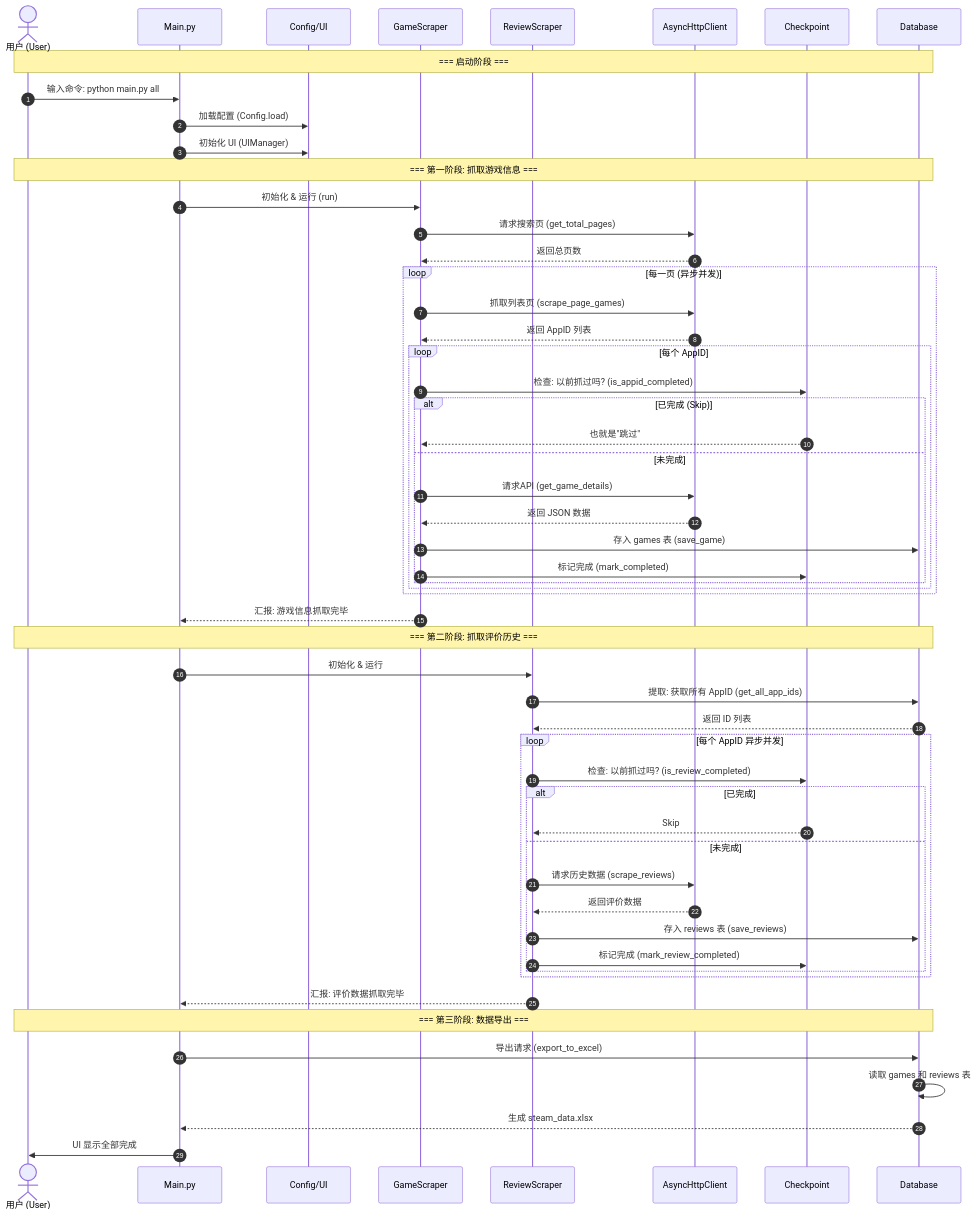
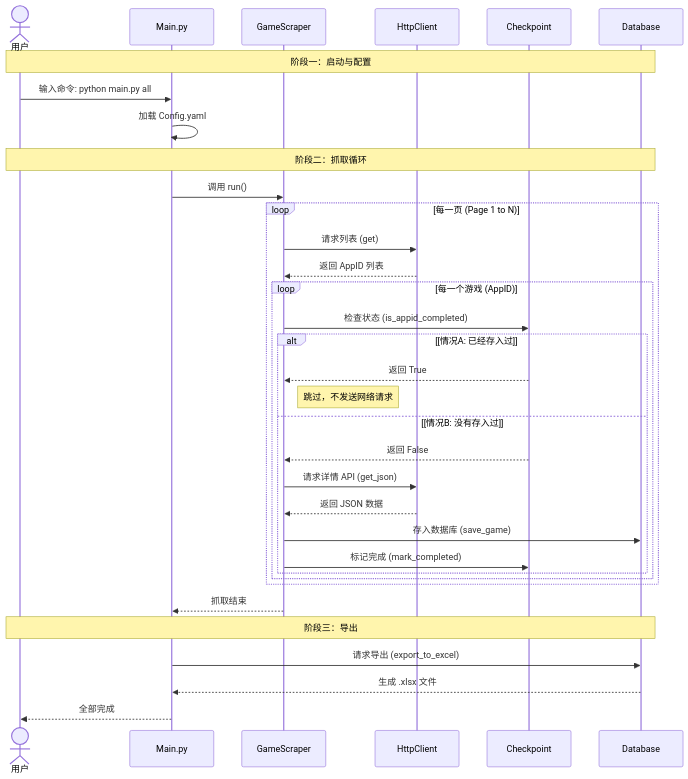
The diagram in README.md (SeraphinaGlacia/simple_steam_scraper), drawn with Mermaid before and after one commit. The commit also changed other lines of this file and 1 other file, not shown here.

Commit message:
docs: 更新 mermaid 流程图

````diff
--- a/README.md
+++ b/README.md
@@ -184,64 +185,44 @@
 ```mermaid
 sequenceDiagram
-    autonumber
-    actor User as 用户 (User)
+    %% 定义参与者，使用 as 简化名称显示
+    actor User as 用户
     participant Main as Main.py
-    participant Config as Config/UI
-    participant GameScraper as GameScraper
-    participant ReviewScraper as ReviewScraper
-    participant Net as AsyncHttpClient
+    participant Scraper as GameScraper
+    participant Net as HttpClient
     participant CP as Checkpoint
     participant DB as Database
 
-    Note over User, DB: === 启动阶段 ===
+    Note over User, DB:  阶段一：启动与配置 
     User->>Main: 输入命令: python main.py all
-    Main->>Config: 加载配置 (Config.load)
-    Main->>Config: 初始化 UI (UIManager)
+    Main->>Main: 加载 Config.yaml
     
-    Note over User, DB: === 第一阶段: 抓取游戏信息 ===
-    Main->>GameScraper: 初始化 & 运行 (run)
-    GameScraper->>Net: 请求搜索页 (get_total_pages)
-    Net-->>GameScraper: 返回总页数
+    Note over User, DB:  阶段二：抓取循环 
+    Main->>Scraper: 调用 run()
     
-    loop 每一页 (异步并发)
-        GameScraper->>Net: 抓取列表页 (scrape_page_games)
-        Net-->>GameScraper: 返回 AppID 列表
+    loop 每一页 (Page 1 to N)
+        Scraper->>Net: 请求列表 (get)
+        Net-->>Scraper: 返回 AppID 列表
         
-        loop 每个 AppID
-            GameScraper->>CP: 检查: 以前抓过吗? (is_appid_completed)
-            alt 已完成 (Skip)
-                CP-->>GameScraper: 也就是"跳过"
-            else 未完成
-                GameScraper->>Net: 请求API (get_game_details)
-                Net-->>GameScraper: 返回 JSON 数据
-                GameScraper->>DB: 存入 games 表 (save_game)
-                GameScraper->>CP: 标记完成 (mark_completed)
+        loop 每一个游戏 (AppID)
+            Scraper->>CP: 检查状态 (is_appid_completed)
+            
+            alt [情况A: 已经存入过]
+                CP-->>Scraper: 返回 True
+                Note right of Scraper: 跳过，不发送网络请求
+            else [情况B: 没有存入过]
+                CP-->>Scraper: 返回 False
+                Scraper->>Net: 请求详情 API (get_json)
+                Net-->>Scraper: 返回 JSON 数据
+                Scraper->>DB: 存入数据库 (save_game)
+                Scraper->>CP: 标记完成 (mark_completed)
             end
         end
     end
-    GameScraper-->>Main: 汇报: 游戏信息抓取完毕
+    
+    Scraper-->>Main: 抓取结束
 
-    Note over User, DB: === 第二阶段: 抓取评价历史 ===
-    Main->>ReviewScraper: 初始化 & 运行
-    ReviewScraper->>DB: 提取: 获取所有 AppID (get_all_app_ids)
-    DB-->>ReviewScraper: 返回 ID 列表
-    
-    loop 每个 AppID 异步并发
-        ReviewScraper->>CP: 检查: 以前抓过吗? (is_review_completed)
-        alt 已完成
-            CP-->>ReviewScraper: Skip
-        else 未完成
-            ReviewScraper->>Net: 请求历史数据 (scrape_reviews)
-            Net-->>ReviewScraper: 返回评价数据
-            ReviewScraper->>DB: 存入 reviews 表 (save_reviews)
-            ReviewScraper->>CP: 标记完成 (mark_review_completed)
-        end
-    end
-    ReviewScraper-->>Main: 汇报: 评价数据抓取完毕
-
-    Note over User, DB: === 第三阶段: 数据导出 ===
-    Main->>DB: 导出请求 (export_to_excel)
-    DB->>DB: 读取 games 和 reviews 表
-    DB-->>Main: 生成 steam_data.xlsx
-    Main->>User: UI 显示全部完成
+    Note over User, DB:  阶段三：导出 
+    Main->>DB: 请求导出 (export_to_excel)
+    DB-->>Main: 生成 .xlsx 文件
+    Main-->>User: 全部完成
 ```
````
